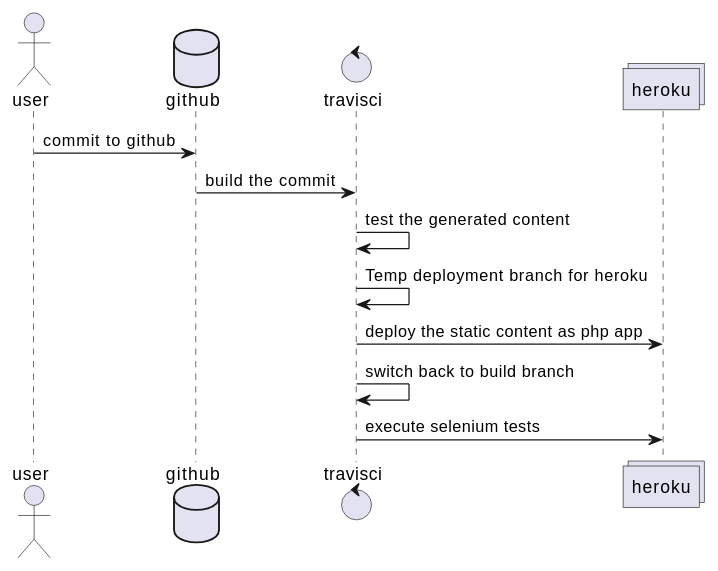
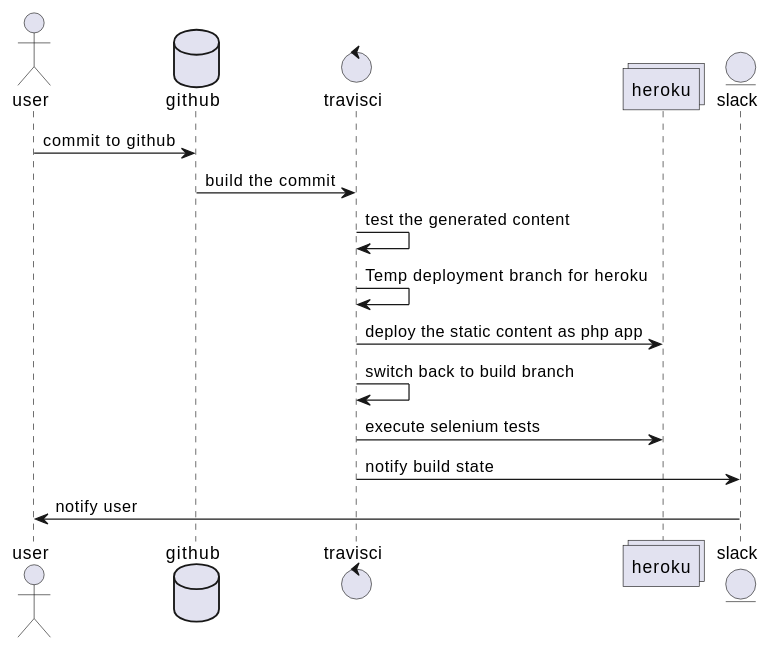
One commit to nolte/jekyll-boilerplate changed the diagram in _posts/2017-09-02-build-process.markdown. Above: the diagram before and after it, drawn with PlantUML. The commit also changed 5 other files, not shown here.

```diff
--- a/_posts/2017-09-02-build-process.markdown
+++ b/_posts/2017-09-02-build-process.markdown
@@ -10,14 +10,18 @@
 {% plantuml %}
 actor user
 database github
 control travisci
 collections heroku
+entity slack
+
 
 user -> github : commit to github
 github -> travisci : build the commit
 travisci -> travisci : test the generated content
 travisci -> travisci : Temp deployment branch for heroku
 travisci -> heroku : deploy the static content as php app
 travisci -> travisci : switch back to build branch
 travisci -> heroku : execute selenium tests
+travisci -> slack : notify build state
+slack -> user :  notify user
 {% endplantuml %}
```
